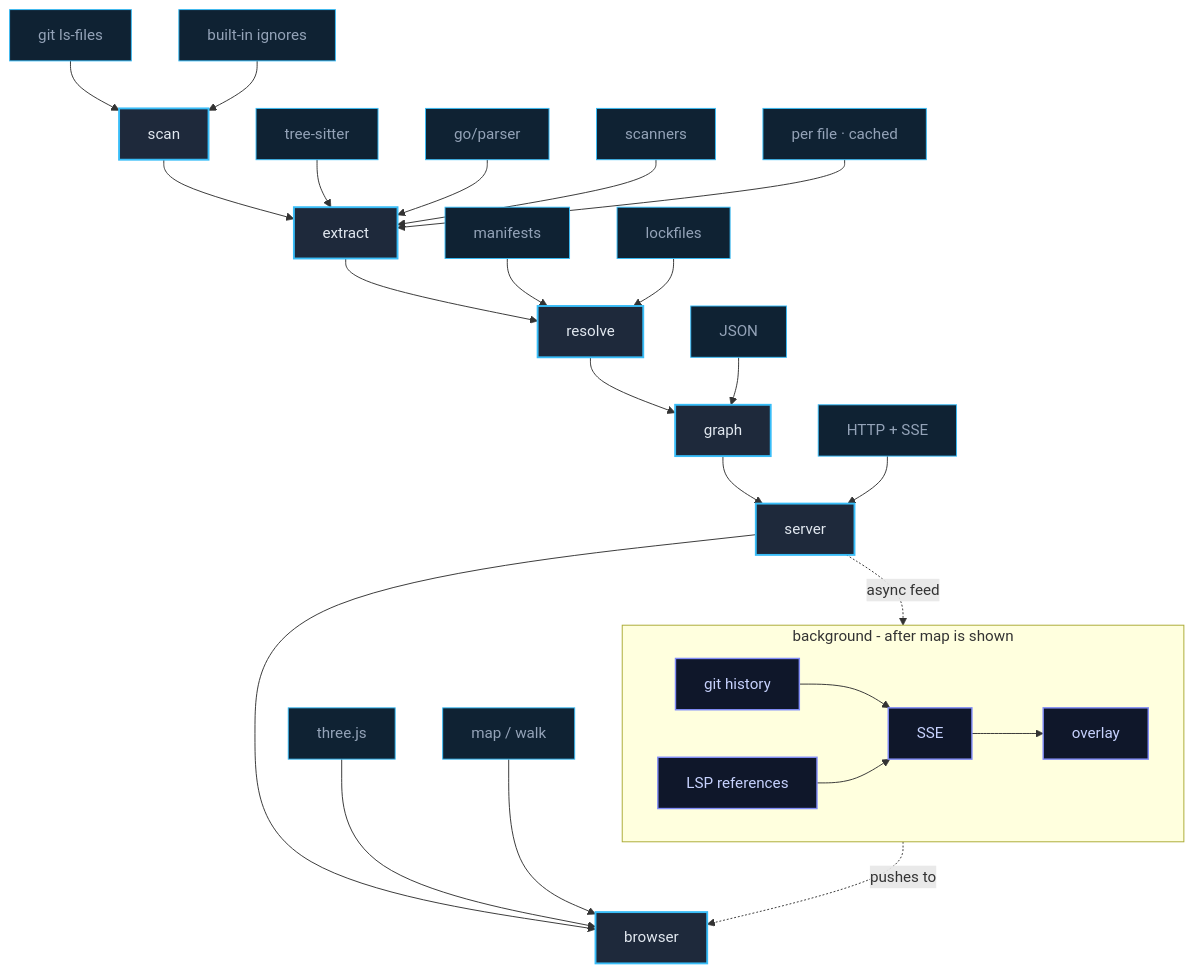
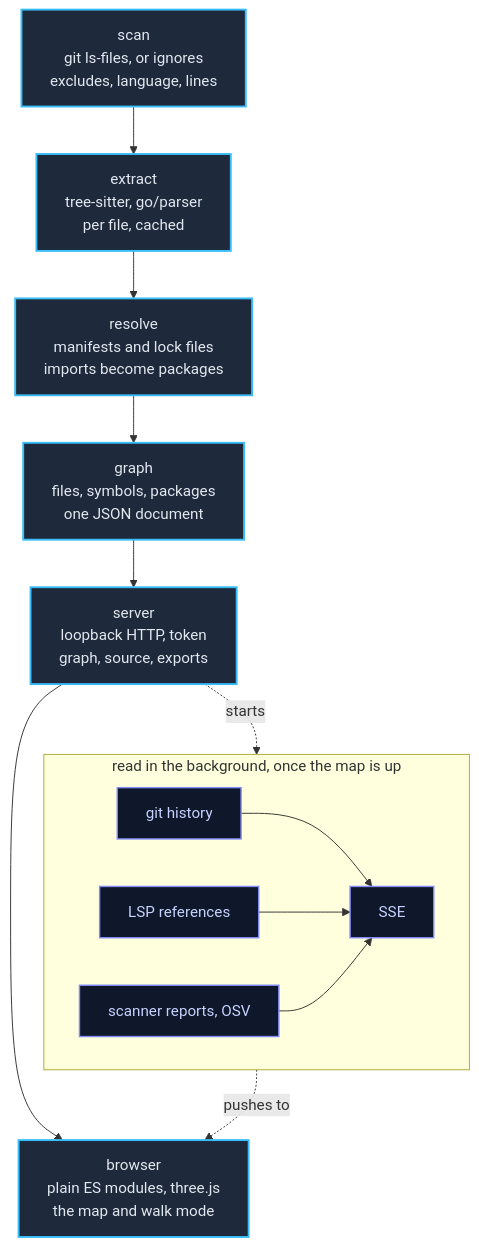
The diagram in README.md (sarumaj/depphunter-cli), drawn with Mermaid before and after one commit. The commit also changed other lines of this file and 1 other file, not shown here.

Commit message:
chore: restore dropped requirement

````diff
--- a/README.md
+++ b/README.md
@@ -486,77 +509,32 @@
 ```mermaid
 flowchart TB
-    SCAN["scan"]
-    SCAN_A["git ls-files"]
-    SCAN_B["built-in ignores"]
+    SCAN["scan<br/>git ls-files, or ignores<br/>excludes, language, lines"]
+    EXTRACT["extract<br/>tree-sitter, go/parser<br/>per file, cached"]
+    RESOLVE["resolve<br/>manifests and lock files<br/>imports become packages"]
+    GRAPH["graph<br/>files, symbols, packages<br/>one JSON document"]
+    SERVER["server<br/>loopback HTTP, token<br/>graph, source, exports"]
+    BROWSER["browser<br/>plain ES modules, three.js<br/>the map and walk mode"]
 
-    EXTRACT["extract"]
-    EXTRACT_A["tree-sitter"]
-    EXTRACT_B["go/parser"]
-    EXTRACT_C["scanners"]
-    EXTRACT_D["per file · cached"]
+    SCAN --> EXTRACT --> RESOLVE --> GRAPH --> SERVER --> BROWSER
 
-    RESOLVE["resolve"]
-    RESOLVE_A["manifests"]
-    RESOLVE_B["lockfiles"]
-
-    GRAPH["graph"]
-    GRAPH_A["JSON"]
-
-    SERVER["server"]
-    SERVER_A["HTTP + SSE"]
-
-    BROWSER["browser"]
-    BROWSER_A["three.js"]
-    BROWSER_B["map / walk"]
-
-    SCAN_A --> SCAN
-    SCAN_B --> SCAN
-
-    SCAN --> EXTRACT
-
-    EXTRACT_A --> EXTRACT
-    EXTRACT_B --> EXTRACT
-    EXTRACT_C --> EXTRACT
-    EXTRACT_D --> EXTRACT
-
-    EXTRACT --> RESOLVE
-
-    RESOLVE_A --> RESOLVE
-    RESOLVE_B --> RESOLVE
-
-    RESOLVE --> GRAPH
-
-    GRAPH_A --> GRAPH
-
-    GRAPH --> SERVER
-
-    SERVER_A --> SERVER
-
-    SERVER --> BROWSER
-
-    BROWSER_A --> BROWSER
-    BROWSER_B --> BROWSER
-
-    subgraph BG["background - after map is shown"]
+    subgraph BG["read in the background, once the map is up"]
         direction LR
         HISTORY["git history"]
         LSP["LSP references"]
+        FINDINGS["scanner reports, OSV"]
         SSE["SSE"]
-        OVERLAY["overlay"]
 
         HISTORY --> SSE
         LSP --> SSE
-        SSE --> OVERLAY
+        FINDINGS --> SSE
     end
 
-    SERVER -.->|"async feed"| BG
-    BG -.->|"pushes to"| BROWSER
+    SERVER -.->|"starts"| BG
+    SSE -.->|"pushes to"| BROWSER
 
-    classDef pipeline fill:#1e293b,stroke:#38bdf8,stroke-width:2px,color:#e2e8f0
-    classDef detail   fill:#0f2233,stroke:#38bdf8,stroke-width:1px,color:#94a3b8
-    classDef bg       fill:#0f172a,stroke:#818cf8,stroke-width:1.5px,color:#c7d2fe
+    classDef stage fill:#1e293b,stroke:#38bdf8,stroke-width:2px,color:#e2e8f0
+    classDef bg    fill:#0f172a,stroke:#818cf8,stroke-width:1.5px,color:#c7d2fe
 
-    class SCAN,EXTRACT,RESOLVE,GRAPH,SERVER,BROWSER pipeline
-    class SCAN_A,SCAN_B,EXTRACT_A,EXTRACT_B,EXTRACT_C,EXTRACT_D,RESOLVE_A,RESOLVE_B,GRAPH_A,SERVER_A,BROWSER_A,BROWSER_B detail
-    class HISTORY,LSP,SSE,OVERLAY bg
+    class SCAN,EXTRACT,RESOLVE,GRAPH,SERVER,BROWSER stage
+    class HISTORY,LSP,FINDINGS,SSE bg
 ```
````
